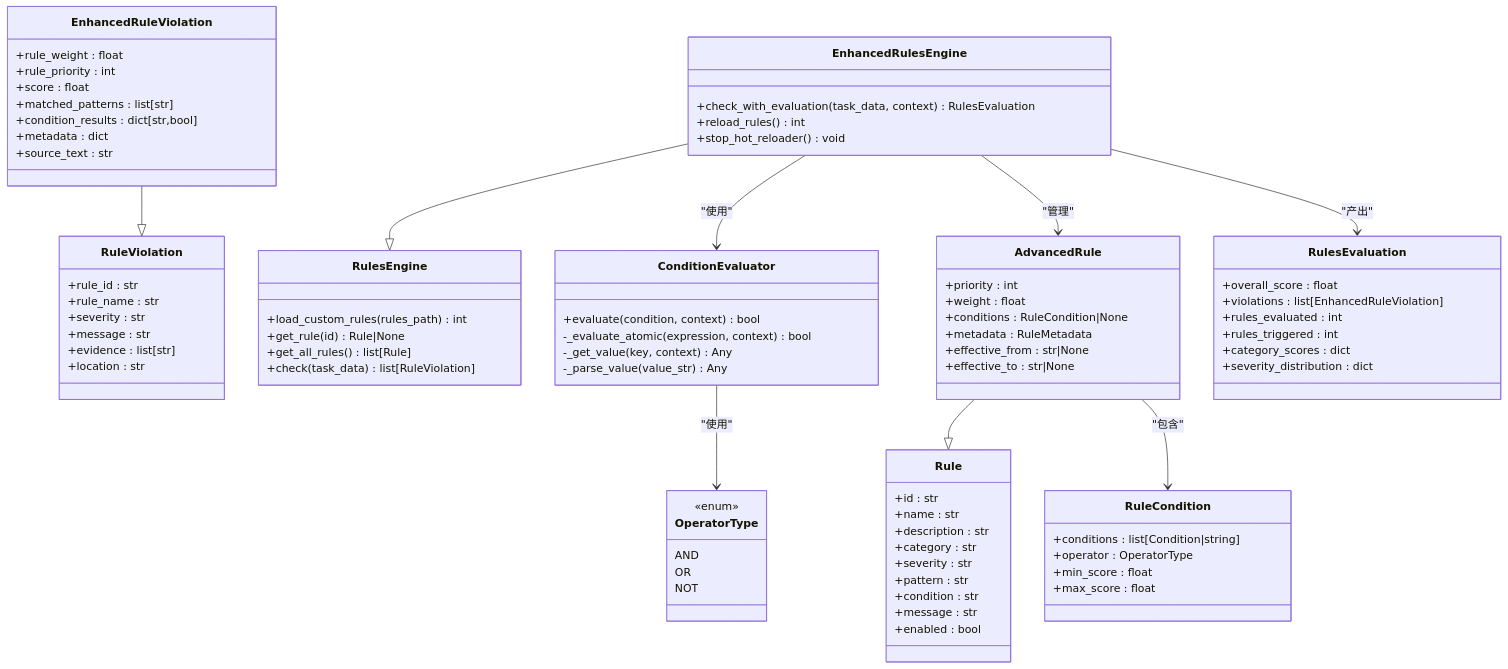
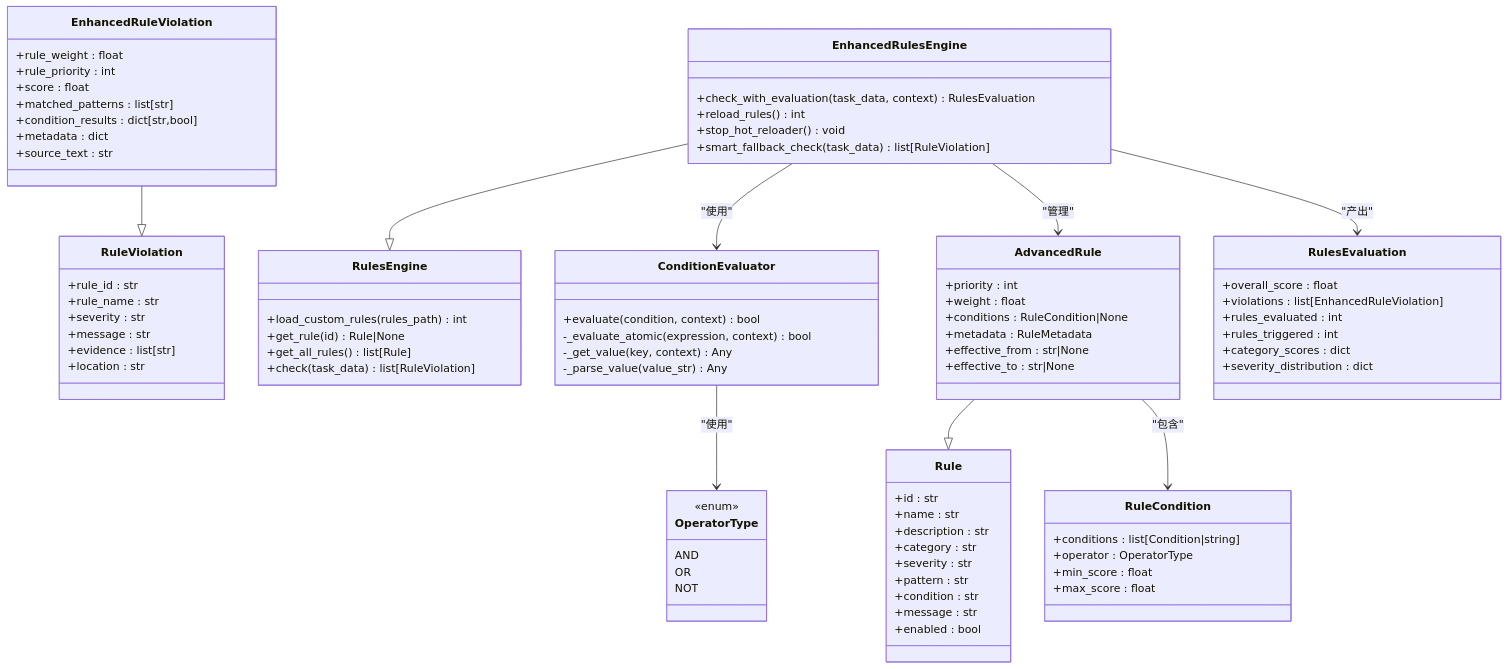
The second of 6 diagrams in .qoder/repowiki/zh/content/规则引擎系统/规则执行引擎/规则执行引擎.md (boyingliu01/fault-review-analyzer), drawn with Mermaid before and after one commit. The commit also changed other lines of this file and 125 other files, not shown here.

```diff
--- a/.qoder/repowiki/zh/content/规则引擎系统/规则执行引擎/规则执行引擎.md
+++ b/.qoder/repowiki/zh/content/规则引擎系统/规则执行引擎/规则执行引擎.md
@@ -160,6 +167,7 @@
 +check_with_evaluation(task_data, context) RulesEvaluation
 +reload_rules() int
 +stop_hot_reloader() void
++smart_fallback_check(task_data) list[RuleViolation]
 }
 class ConditionEvaluator {
 +evaluate(condition, context) bool
```
